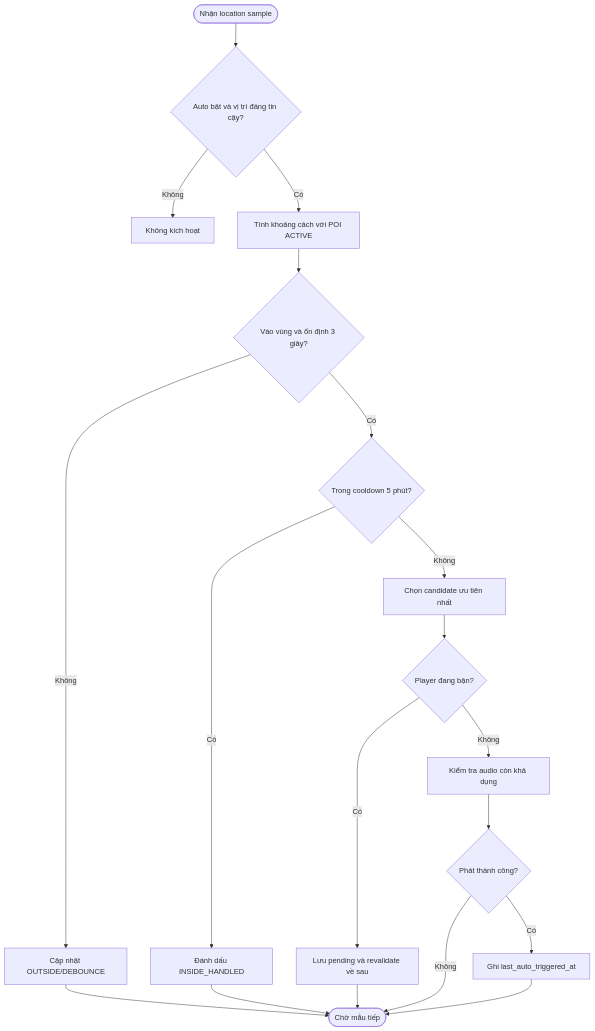
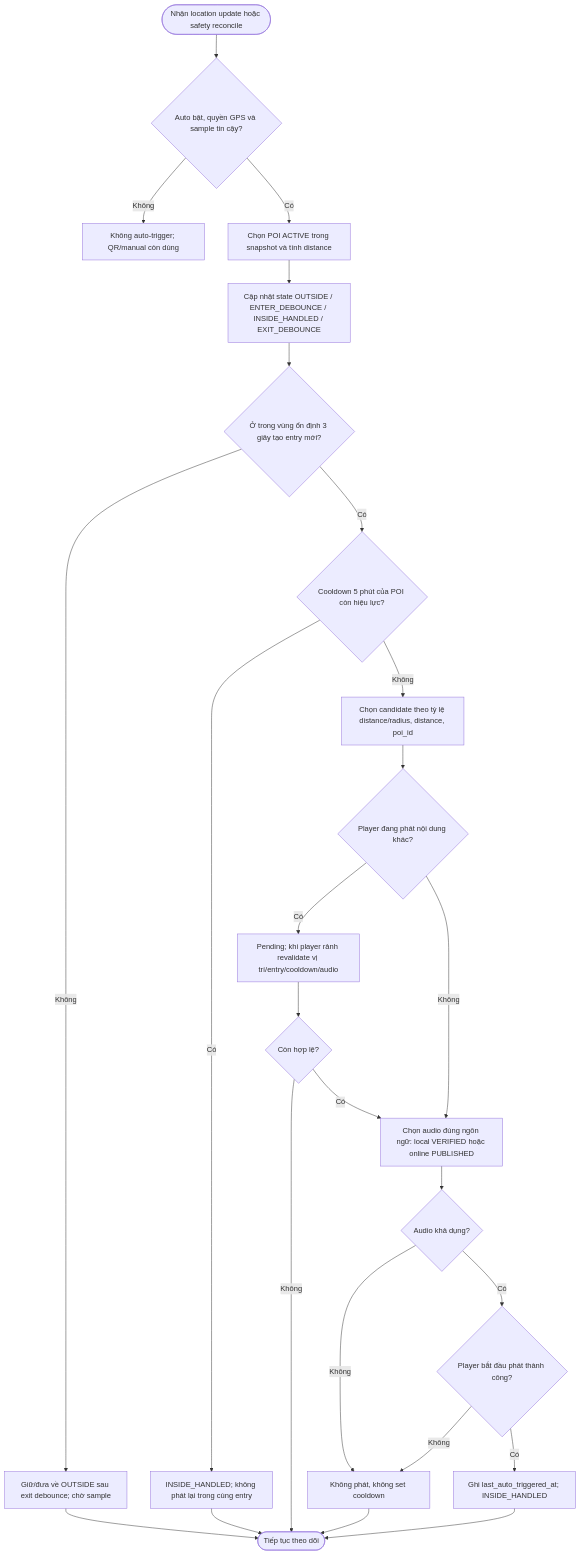
One commit to Ko4rut/multilingual-narration-backend changed the diagram in docs/use-case/ft-m05-geofence-detection.md. Above: the diagram before and after it, drawn with Mermaid. The commit also changed other lines of this file, not shown here.

Commit message:
docs(use-case): complete alternative/exception paths for ft-m05-geofence-detection

````diff
--- a/docs/use-case/ft-m05-geofence-detection.md
+++ b/docs/use-case/ft-m05-geofence-detection.md
@@ -36,17 +39,22 @@
 ```mermaid
 flowchart TD
-    A([Nhận location sample]) --> B{Auto bật và vị trí đáng tin cậy?}
-    B -- Không --> X[Không kích hoạt]
-    B -- Có --> C[Tính khoảng cách với POI ACTIVE]
-    C --> D{Vào vùng và ổn định 3 giây?}
-    D -- Không --> E[Cập nhật OUTSIDE/DEBOUNCE] --> Z([Chờ mẫu tiếp])
-    D -- Có --> F{Trong cooldown 5 phút?}
-    F -- Có --> G[Đánh dấu INSIDE_HANDLED] --> Z
-    F -- Không --> H[Chọn candidate ưu tiên nhất]
-    H --> I{Player đang bận?}
-    I -- Có --> J[Lưu pending và revalidate về sau] --> Z
-    I -- Không --> K[Kiểm tra audio còn khả dụng]
-    K --> L{Phát thành công?}
-    L -- Không --> Z
-    L -- Có --> M[Ghi last_auto_triggered_at] --> Z
+ A([Nhận location update hoặc safety reconcile]) --> B{Auto bật, quyền GPS và sample tin cậy?}
+ B -- Không --> X[Không auto-trigger; QR/manual còn dùng]
+ B -- Có --> C[Chọn POI ACTIVE trong snapshot và tính distance]
+ C --> D[Cập nhật state OUTSIDE / ENTER_DEBOUNCE / INSIDE_HANDLED / EXIT_DEBOUNCE]
+ D --> E{Ở trong vùng ổn định 3 giây tạo entry mới?}
+ E -- Không --> F[Giữ/đưa về OUTSIDE sau exit debounce; chờ sample] --> Z([Tiếp tục theo dõi])
+ E -- Có --> G{Cooldown 5 phút của POI còn hiệu lực?}
+ G -- Có --> H[INSIDE_HANDLED; không phát lại trong cùng entry] --> Z
+ G -- Không --> I[Chọn candidate theo tỷ lệ distance/radius, distance, poi_id]
+ I --> J{Player đang phát nội dung khác?}
+ J -- Có --> K[Pending; khi player rảnh revalidate vị trí/entry/cooldown/audio] --> L{Còn hợp lệ?}
+ L -- Không --> Z
+ L -- Có --> M[Chọn audio đúng ngôn ngữ: local VERIFIED hoặc online PUBLISHED]
+ J -- Không --> M
+ M --> N{Audio khả dụng?}
+ N -- Không --> O[Không phát, không set cooldown] --> Z
+ N -- Có --> P{Player bắt đầu phát thành công?}
+ P -- Không --> O
+ P -- Có --> Q[Ghi last_auto_triggered_at; INSIDE_HANDLED] --> Z
 ```
````
